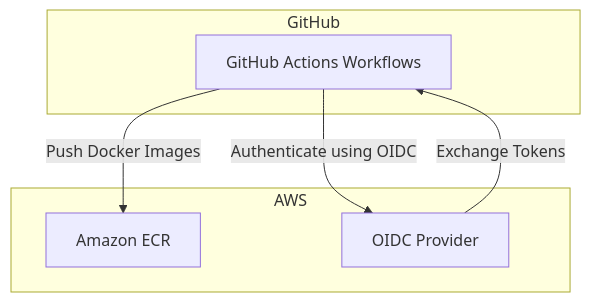
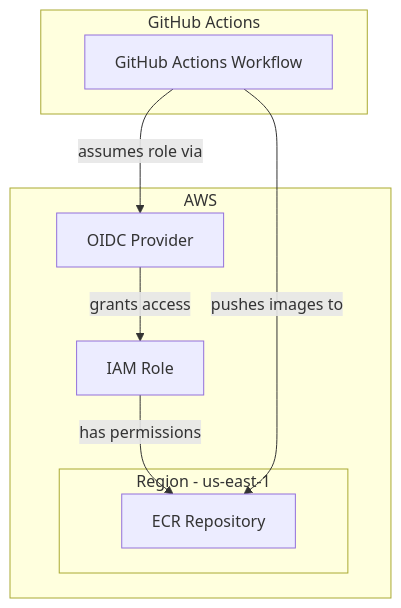
The diagram in README.md (franciscoprin/parrot-project), drawn with Mermaid before and after one commit. The commit also changed other lines of this file, not shown here.

Commit message:
Update project readme

````diff
--- a/README.md
+++ b/README.md
@@ -3,15 +3,19 @@
 ```mermaid
-graph TD;
-    subgraph GitHub
-        A[GitHub Actions Workflows]
+graph TD
+  subgraph GitHub Actions
+    GA[GitHub Actions Workflow]
+  end
+
+  subgraph AWS
+    subgraph Region - us-east-1
+      ECR[ECR Repository]
     end
+    OIDC[OIDC Provider]
+    IAM[IAM Role]
+  end
 
-    subgraph AWS["AWS"]
-        B[Amazon ECR]
-        C[OIDC Provider]
-    end
-
-    A --> |"Push Docker Images"| B
-    A --> |"Authenticate using OIDC"| C
-    C --> |"Exchange Tokens"| A
-  ```
+  GA -->|assumes role via| OIDC
+  OIDC -->|grants access| IAM
+  IAM -->|has permissions| ECR
+  GA -->|pushes images to| ECR
+```
````
